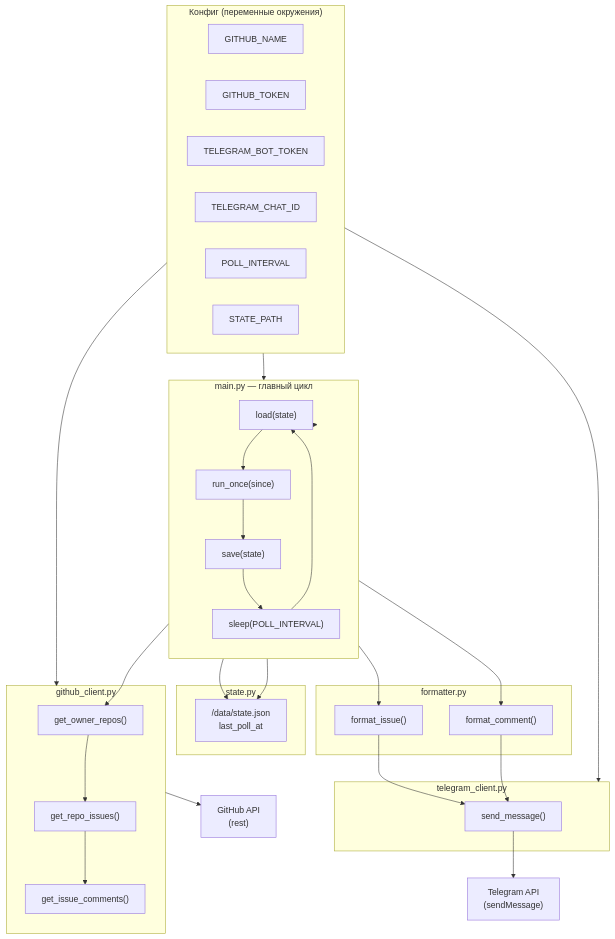
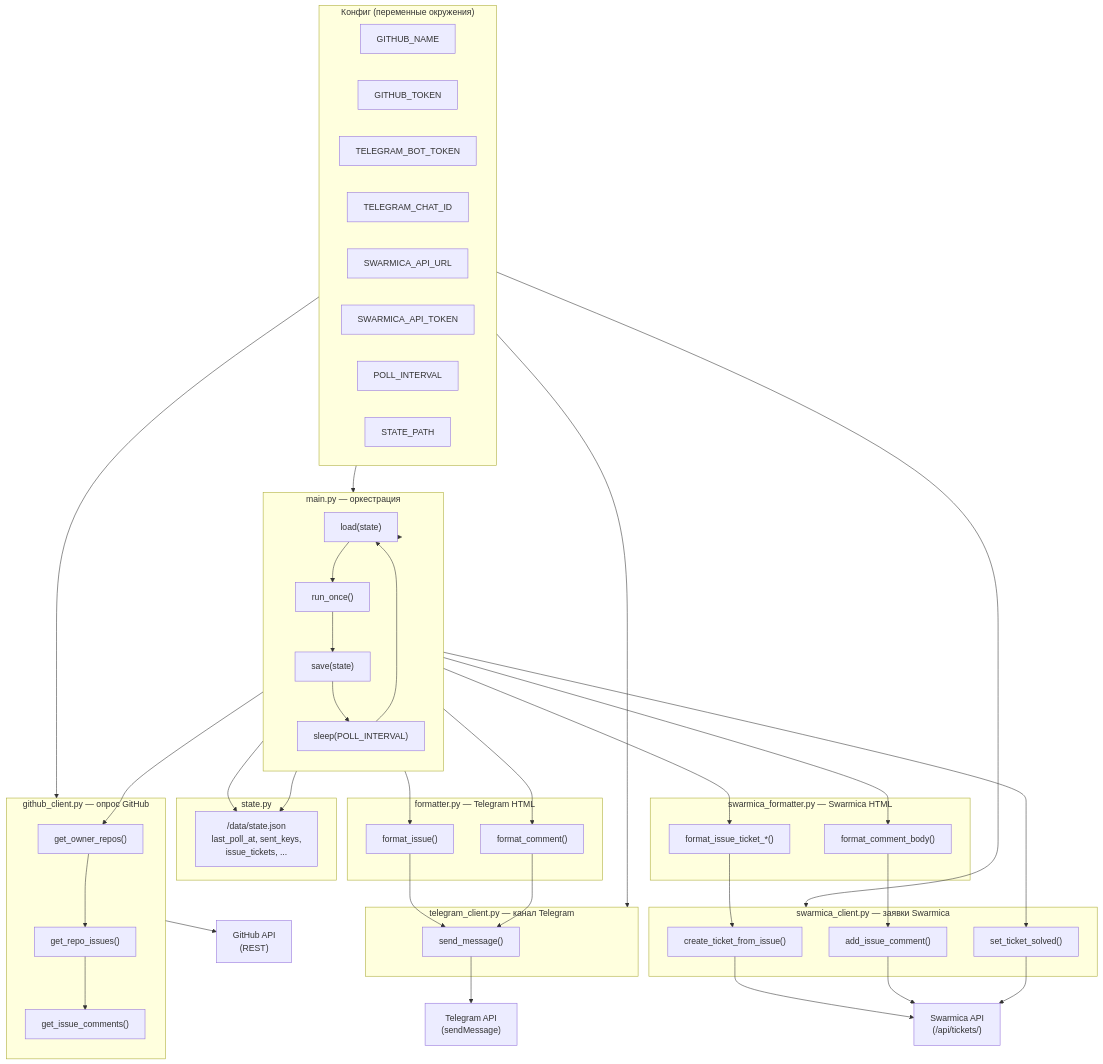
Before and after one commit to truetechsup/github-issues-tracker-bot: the diagram in docs/architecture.md, drawn with Mermaid. The commit also changed other lines of this file and 7 other files, not shown here.

````diff
--- a/docs/architecture.md
+++ b/docs/architecture.md
@@ -5,57 +5,79 @@
 ```mermaid
 flowchart TB
     subgraph env["Конфиг (переменные окружения)"]
         GITHUB_NAME
         GITHUB_TOKEN
         TELEGRAM_BOT_TOKEN
         TELEGRAM_CHAT_ID
+        SWARMICA_API_URL
+        SWARMICA_API_TOKEN
         POLL_INTERVAL
         STATE_PATH
     end
 
-    subgraph main["main.py — главный цикл"]
+    subgraph main["main.py — оркестрация"]
         direction TB
         load_state["load(state)"]
-        run_once["run_once(since)"]
+        run_once["run_once()"]
         save_state["save(state)"]
         sleep["sleep(POLL_INTERVAL)"]
         load_state --> run_once --> save_state --> sleep --> load_state
     end
 
-    subgraph github["github_client.py"]
+    subgraph github["github_client.py — опрос GitHub"]
         get_repos["get_owner_repos()"]
         get_issues["get_repo_issues()"]
         get_comments["get_issue_comments()"]
     end
 
     subgraph state["state.py"]
-        state_file["/data/state.json\nlast_poll_at"]
+        state_file["/data/state.json\nlast_poll_at, sent_keys,\nissue_tickets, ..."]
     end
 
-    subgraph formatter["formatter.py"]
+    subgraph tg_fmt["formatter.py — Telegram HTML"]
         format_issue["format_issue()"]
         format_comment["format_comment()"]
     end
 
-    subgraph telegram["telegram_client.py"]
+    subgraph telegram["telegram_client.py — канал Telegram"]
         send["send_message()"]
+    end
+
+    subgraph swarm_fmt["swarmica_formatter.py — Swarmica HTML"]
+        swarm_issue["format_issue_ticket_*()"]
+        swarm_comment["format_comment_body()"]
+    end
+
+    subgraph swarmica["swarmica_client.py — заявки Swarmica"]
+        create_ticket["create_ticket_from_issue()"]
+        add_comment["add_issue_comment()"]
+        set_solved["set_ticket_solved()"]
     end
 
     env --> main
     env --> github
     env --> telegram
+    env --> swarmica
 
     main --> load_state
     run_once --> get_repos
     get_repos --> get_issues
     get_issues --> get_comments
     run_once --> format_issue
     run_once --> format_comment
     format_issue --> send
     format_comment --> send
+    run_once --> swarm_issue
+    run_once --> swarm_comment
+    swarm_issue --> create_ticket
+    swarm_comment --> add_comment
+    run_once --> set_solved
     main --> state_file
     run_once --> state_file
 
-    github --> api["GitHub API\n(rest)"]
+    github --> api["GitHub API\n(REST)"]
     send --> tg["Telegram API\n(sendMessage)"]
+    create_ticket --> sw["Swarmica API\n(/api/tickets/)"]
+    add_comment --> sw
+    set_solved --> sw
 ```
````
